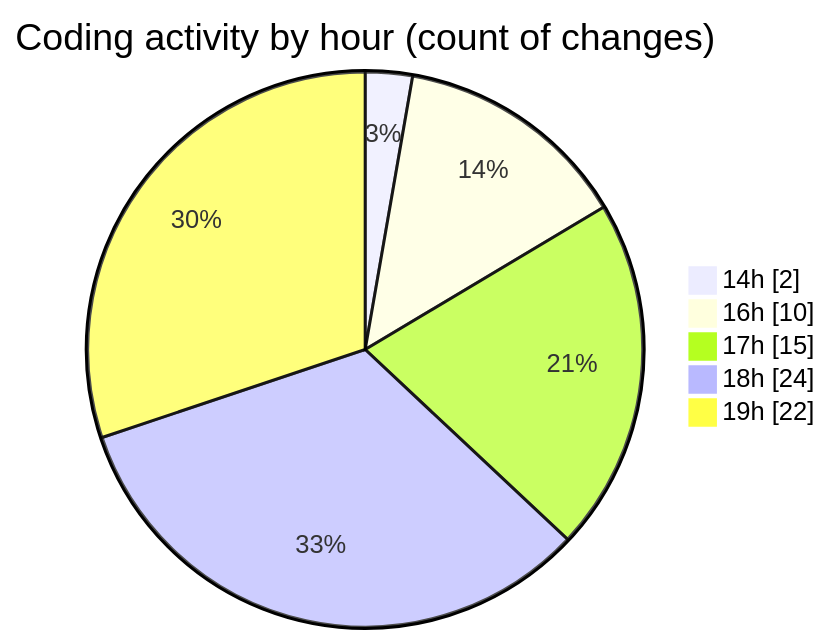
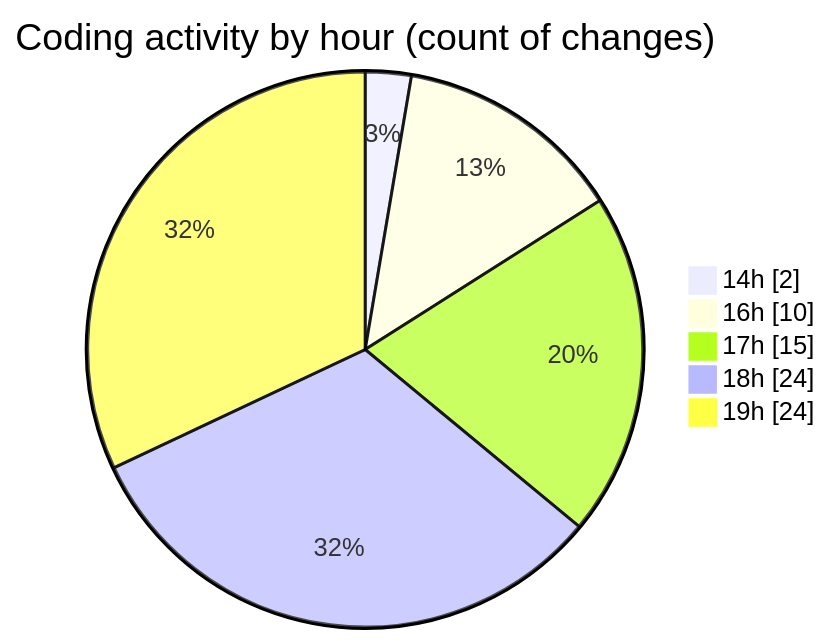
One commit to Ritupan-Deka/code-tracking changed the second of 2 diagrams in 2025-06-18/scopesketch-app/README.md. Above: the diagram before and after it, drawn with Mermaid. The commit also changed other lines of this file and 1 other file, not shown here.

````diff
--- a/2025-06-18/scopesketch-app/README.md
+++ b/2025-06-18/scopesketch-app/README.md
@@ -41,9 +42,9 @@
 ```mermaid
 pie showData
 title Coding activity by hour (count of changes)
 "14h" : 2
 "16h" : 10
 "17h" : 15
 "18h" : 24
-"19h" : 22
+"19h" : 24
 ```
````
